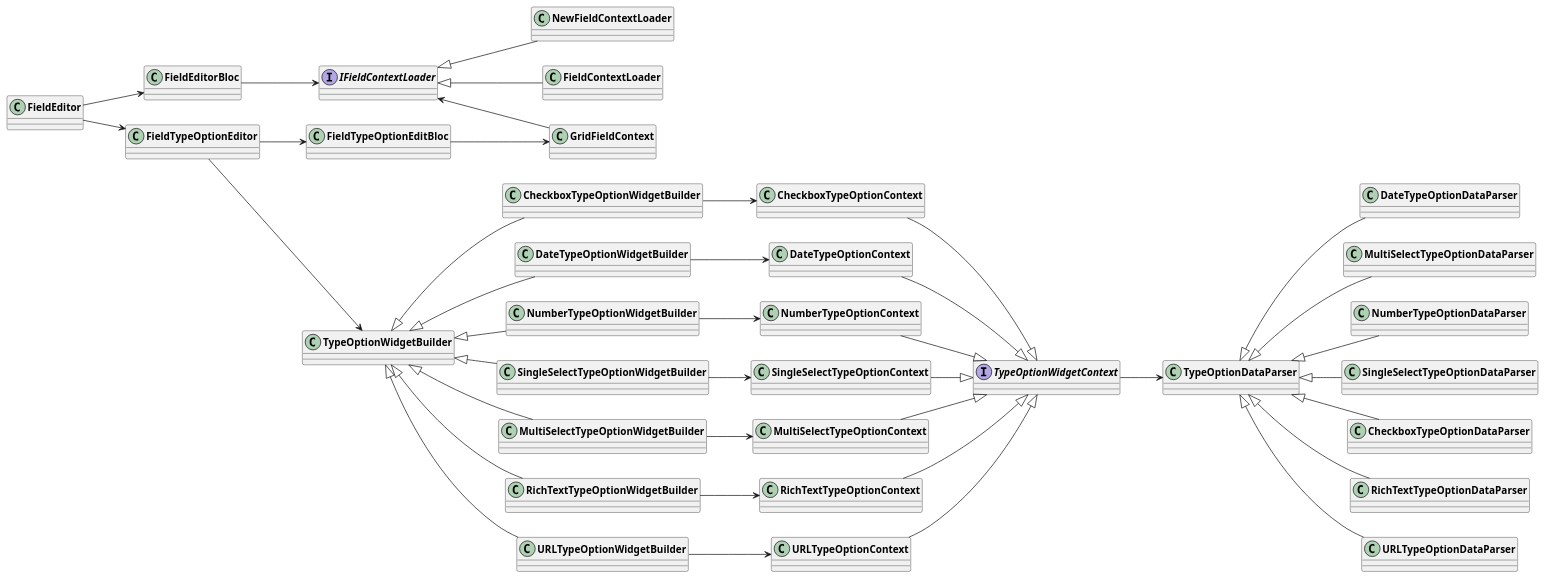
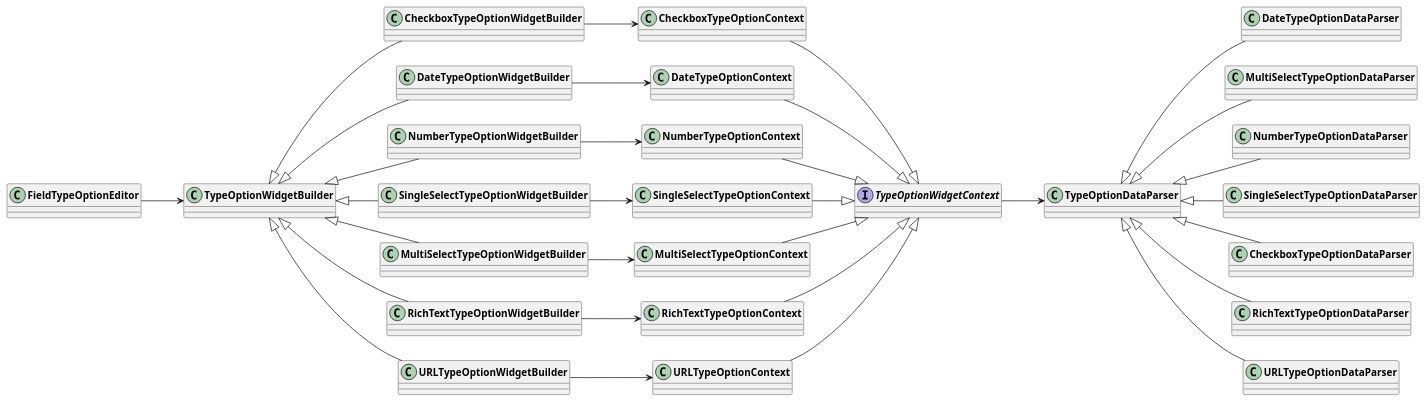
The second of 2 diagrams in uml/dart_widget/grid_field.plantuml (AppFlowy-IO/AppFlowy-Docs), drawn with PlantUML before and after one commit. The commit also changed other lines of this file and 7 other files, not shown here.

Commit message:
chore: update grid field diagrams

```diff
--- a/uml/dart_widget/grid_field.plantuml
+++ b/uml/dart_widget/grid_field.plantuml
@@ -2,61 +26,48 @@
-@startuml Field Editor
+@startuml Field Type Option Editor
 skinparam classFontStyle Bold
 skinparam ActivityBackgroundColor Silver
 skinparam ActivityBorderColor DimGray
 left to right direction
 
-interface IFieldContextLoader
 interface TypeOptionWidgetContext
-
-FieldEditor --> FieldEditorBloc
-FieldEditor --> FieldTypeOptionEditor
-
-'Context loader
-FieldEditorBloc --> IFieldContextLoader
-NewFieldContextLoader -u-|> IFieldContextLoader
-FieldContextLoader -u-|> IFieldContextLoader
-
-FieldTypeOptionEditor --> FieldTypeOptionEditBloc
-FieldTypeOptionEditBloc --> GridFieldContext
-GridFieldContext -u-> IFieldContextLoader
 
 'type option builder
 FieldTypeOptionEditor --> TypeOptionWidgetBuilder
 CheckboxTypeOptionWidgetBuilder -u-|> TypeOptionWidgetBuilder
 CheckboxTypeOptionWidgetBuilder --> CheckboxTypeOptionContext
 CheckboxTypeOptionContext --|> TypeOptionWidgetContext
 
 DateTypeOptionWidgetBuilder -u-|> TypeOptionWidgetBuilder
 DateTypeOptionWidgetBuilder --> DateTypeOptionContext
 DateTypeOptionContext --|> TypeOptionWidgetContext
 
 NumberTypeOptionWidgetBuilder -u-|> TypeOptionWidgetBuilder
 NumberTypeOptionWidgetBuilder --> NumberTypeOptionContext
 NumberTypeOptionContext --|> TypeOptionWidgetContext
 
 SingleSelectTypeOptionWidgetBuilder -u-|> TypeOptionWidgetBuilder
 SingleSelectTypeOptionWidgetBuilder --> SingleSelectTypeOptionContext
 SingleSelectTypeOptionContext --|> TypeOptionWidgetContext
 
 MultiSelectTypeOptionWidgetBuilder -u-|> TypeOptionWidgetBuilder
 MultiSelectTypeOptionWidgetBuilder --> MultiSelectTypeOptionContext
 MultiSelectTypeOptionContext --|> TypeOptionWidgetContext
 
 
 RichTextTypeOptionWidgetBuilder -u-|> TypeOptionWidgetBuilder
 RichTextTypeOptionWidgetBuilder --> RichTextTypeOptionContext
 RichTextTypeOptionContext --|> TypeOptionWidgetContext
 
 URLTypeOptionWidgetBuilder -u-|> TypeOptionWidgetBuilder
 URLTypeOptionWidgetBuilder -->URLTypeOptionContext
 URLTypeOptionContext --|> TypeOptionWidgetContext
 
 TypeOptionWidgetContext --> TypeOptionDataParser
 DateTypeOptionDataParser -u-|> TypeOptionDataParser
 MultiSelectTypeOptionDataParser -u-|> TypeOptionDataParser
 NumberTypeOptionDataParser -u-|> TypeOptionDataParser
 SingleSelectTypeOptionDataParser -u-|> TypeOptionDataParser
 CheckboxTypeOptionDataParser -u-|> TypeOptionDataParser
 RichTextTypeOptionDataParser -u-|> TypeOptionDataParser
 URLTypeOptionDataParser -u-|> TypeOptionDataParser
 @enduml
```
